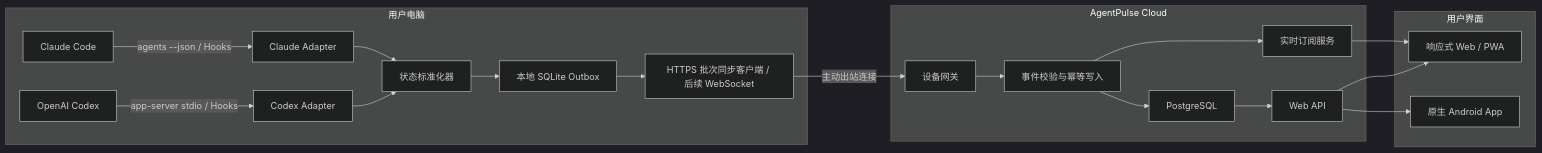
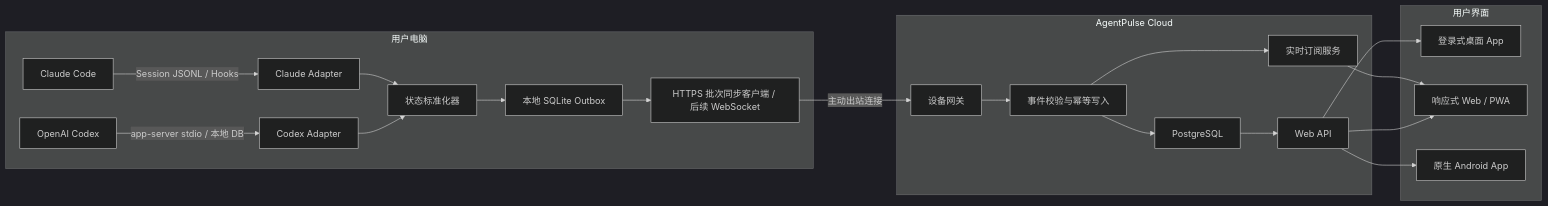
Before and after one commit to xiaoran7/agenthub: the diagram in docs/ARCHITECTURE.md, drawn with Mermaid (dark theme). The commit also changed other lines of this file and 85 other files, not shown here.

Commit message:
feat: add login-based desktop session sync

````diff
--- a/docs/ARCHITECTURE.md
+++ b/docs/ARCHITECTURE.md
@@ -24,41 +24,43 @@
 ```mermaid
 flowchart LR
     subgraph Device["用户电脑"]
         Claude["Claude Code"]
         Codex["OpenAI Codex"]
         CA["Claude Adapter"]
         OA["Codex Adapter"]
         N["状态标准化器"]
         DB["本地 SQLite Outbox"]
         Sync["HTTPS 批次同步客户端 / 后续 WebSocket"]
 
-        Claude -->|"agents --json / Hooks"| CA
-        Codex -->|"app-server stdio / Hooks"| OA
+        Claude -->|"Session JSONL / Hooks"| CA
+        Codex -->|"app-server stdio / 本地 DB"| OA
         CA --> N
         OA --> N
         N --> DB
         DB --> Sync
     end
 
     subgraph Cloud["AgentPulse Cloud"]
         GW["设备网关"]
         Ingest["事件校验与幂等写入"]
         PG["PostgreSQL"]
         RT["实时订阅服务"]
         API["Web API"]
     end
 
     subgraph Client["用户界面"]
+        Desktop["登录式桌面 App"]
         Web["响应式 Web / PWA"]
         Android["原生 Android App"]
     end
 
     Sync -->|"主动出站连接"| GW
     GW --> Ingest
     Ingest --> PG
     Ingest --> RT
     PG --> API
     RT --> Web
     API --> Web
+    API --> Desktop
     API --> Android
 ```
````
